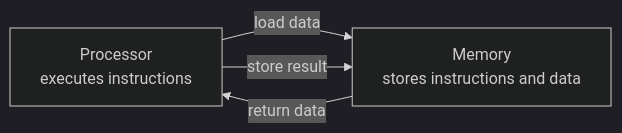
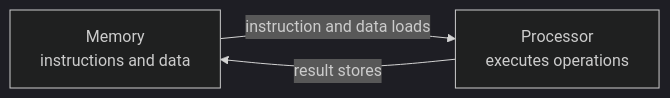
The eighth of 26 diagrams in curriculum/phase-01-gpu-inference-foundations/modules/01-gpu-architecture/lessons/01-computing-and-parallelism-foundations.md (iqbalk89/Inference-Performance-Lab), drawn with Mermaid (dark theme) before and after one commit. The commit also changed other lines of this file and 1 other file, not shown here.

````diff
--- a/curriculum/phase-01-gpu-inference-foundations/modules/01-gpu-architecture/lessons/01-computing-and-parallelism-foundations.md
+++ b/curriculum/phase-01-gpu-inference-foundations/modules/01-gpu-architecture/lessons/01-computing-and-parallelism-foundations.md
@@ -49,8 +350,7 @@
 ```mermaid
 flowchart LR
-    CPU[Processor<br/>executes instructions]
-    MEM[Memory<br/>stores instructions and data]
-    CPU -- load data --> MEM
-    MEM -- return data --> CPU
-    CPU -- store result --> MEM
+    MEM[Memory<br/>instructions and data]
+    CPU[Processor<br/>executes operations]
+    MEM -- instruction and data loads --> CPU
+    CPU -- result stores --> MEM
 ```
````
